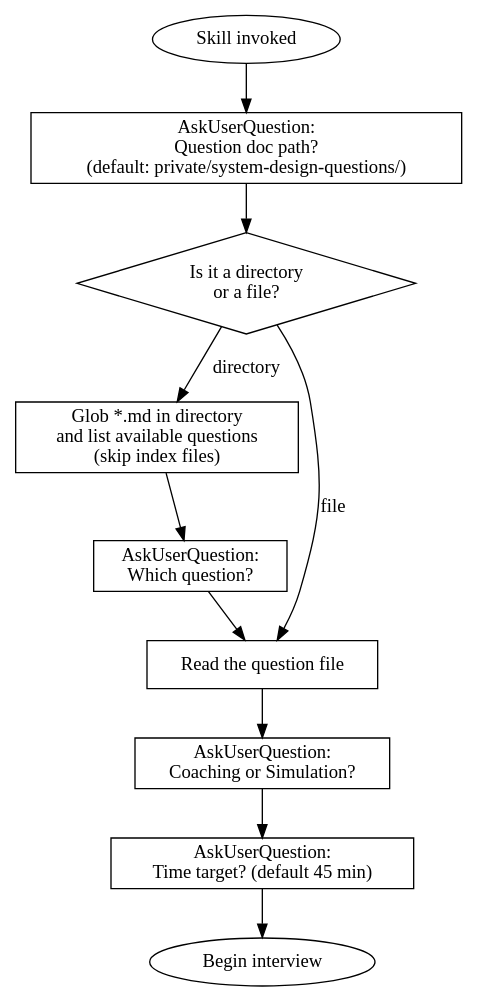
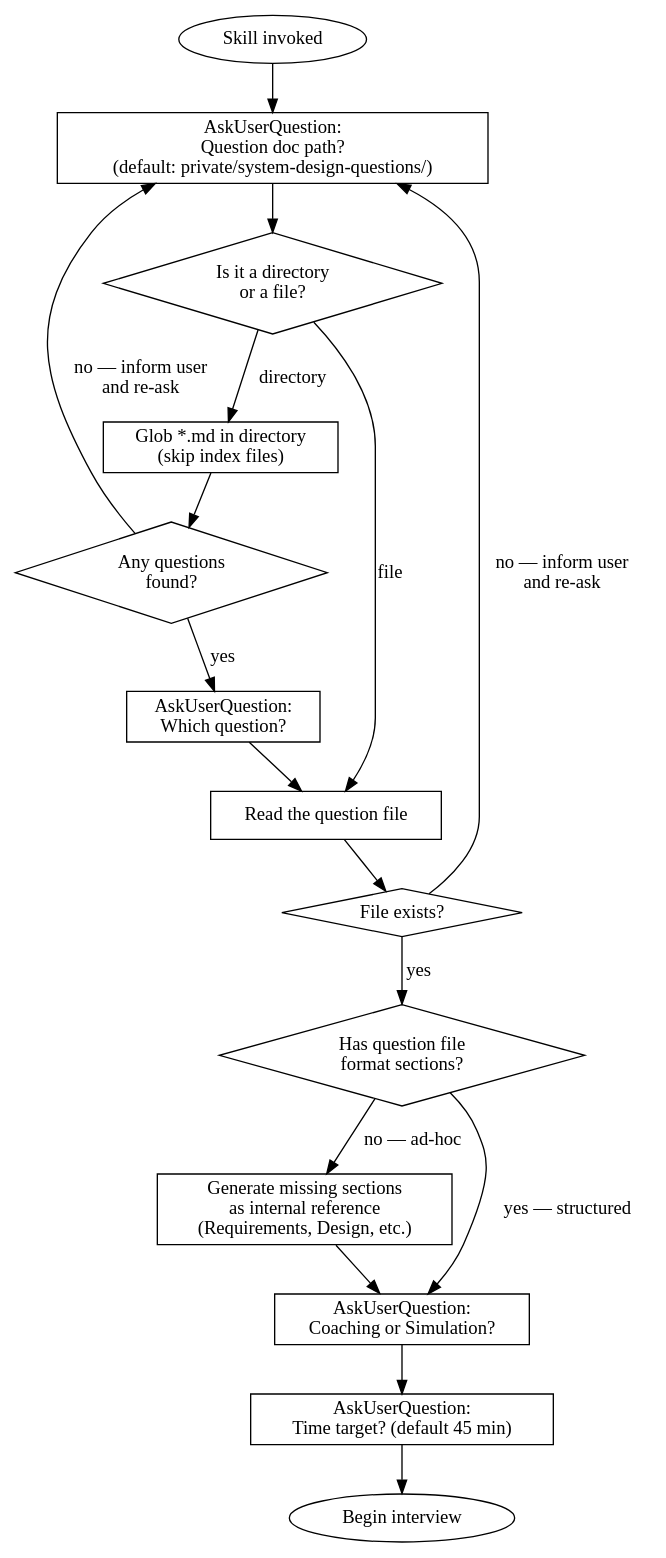
The first of 2 diagrams in .claude/skills/mock-system-design-interview/SKILL.md (ziyunli/quartz), drawn with Graphviz before and after one commit. The commit also changed other lines of this file and 1 other file, not shown here.

````diff
--- a/.claude/skills/mock-system-design-interview/SKILL.md
+++ b/.claude/skills/mock-system-design-interview/SKILL.md
@@ -14,26 +14,37 @@
 ```dot
 digraph setup {
   rankdir=TB;
   node [shape=box];
 
   start [label="Skill invoked" shape=ellipse];
   ask_path [label="AskUserQuestion:\nQuestion doc path?\n(default: private/system-design-questions/)" shape=box];
   check_path [label="Is it a directory\nor a file?" shape=diamond];
-  list_dir [label="Glob *.md in directory\nand list available questions\n(skip index files)" shape=box];
+  list_dir [label="Glob *.md in directory\n(skip index files)" shape=box];
+  dir_empty [label="Any questions\nfound?" shape=diamond];
   ask_pick [label="AskUserQuestion:\nWhich question?" shape=box];
   load [label="Read the question file" shape=box];
+  file_exists [label="File exists?" shape=diamond];
+  check_format [label="Has question file\nformat sections?" shape=diamond];
+  gen_structure [label="Generate missing sections\nas internal reference\n(Requirements, Design, etc.)" shape=box];
   ask_mode [label="AskUserQuestion:\nCoaching or Simulation?" shape=box];
   ask_time [label="AskUserQuestion:\nTime target? (default 45 min)" shape=box];
   begin [label="Begin interview" shape=ellipse];
 
   start -> ask_path;
   ask_path -> check_path;
   check_path -> list_dir [label="directory"];
   check_path -> load [label="file"];
-  list_dir -> ask_pick;
+  list_dir -> dir_empty;
+  dir_empty -> ask_pick [label="yes"];
+  dir_empty -> ask_path [label="no — inform user\nand re-ask"];
   ask_pick -> load;
-  load -> ask_mode;
+  load -> file_exists;
+  file_exists -> check_format [label="yes"];
+  file_exists -> ask_path [label="no — inform user\nand re-ask"];
+  check_format -> ask_mode [label="yes — structured"];
+  check_format -> gen_structure [label="no — ad-hoc"];
+  gen_structure -> ask_mode;
   ask_mode -> ask_time;
   ask_time -> begin;
 }
 ```
````
